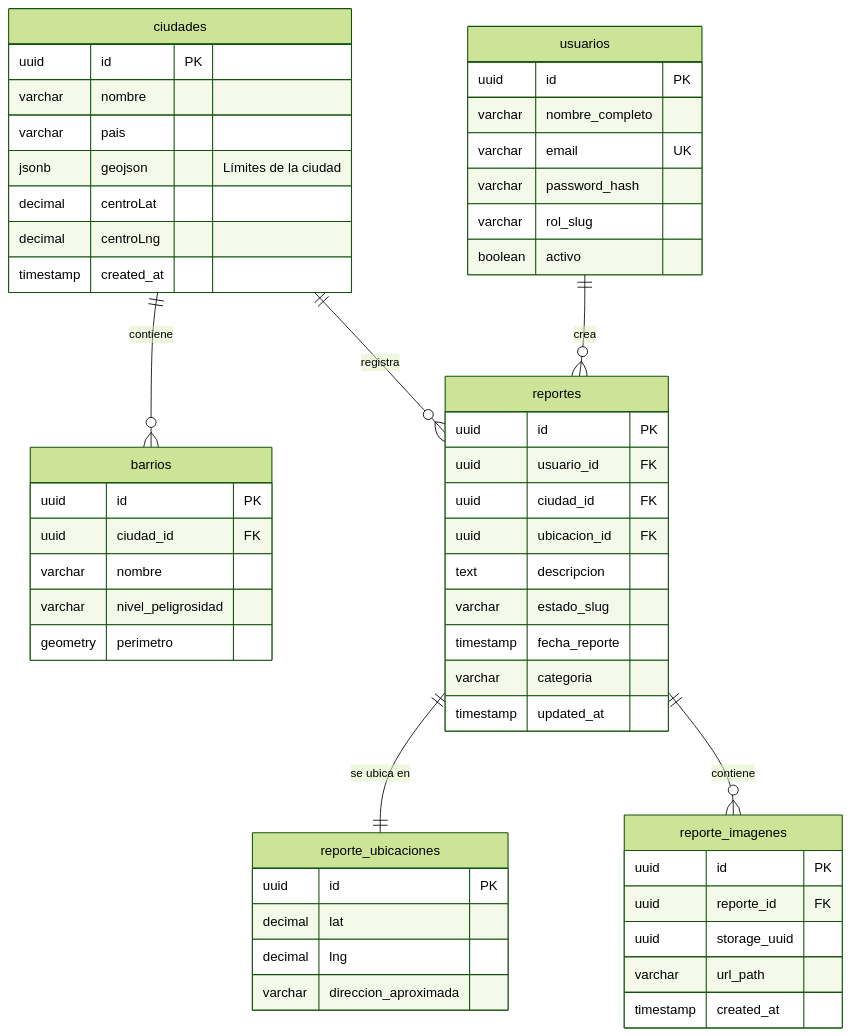
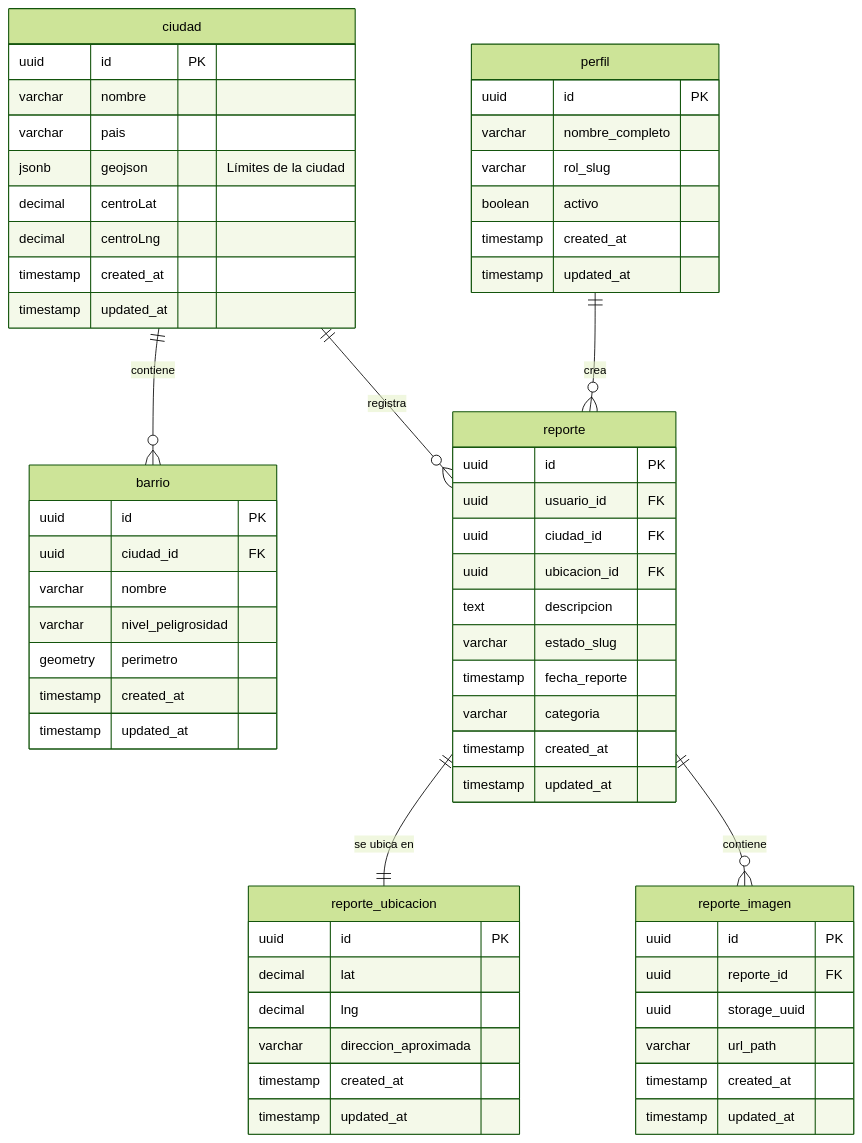
The diagram in README.md (L50E02O/CityAlerta), drawn with Mermaid (forest theme) before and after one commit. The commit also changed 7 other files, not shown here.

````diff
--- a/README.md
+++ b/README.md
@@ -92,63 +92,70 @@
 ```mermaid
 erDiagram
     direction TB
-    ciudades {
+    ciudad {
         uuid id PK ""
         varchar nombre ""
         varchar pais ""
         jsonb geojson "Límites de la ciudad"
         decimal centroLat ""
         decimal centroLng ""
         timestamp created_at ""
+        timestamp updated_at ""
     }
 
-    barrios {
+    barrio {
         uuid id PK ""
         uuid ciudad_id FK ""
         varchar nombre ""
         varchar nivel_peligrosidad ""
         geometry perimetro ""
+        timestamp created_at ""
+        timestamp updated_at ""
     }
 
-    reportes {
+    perfil {
+        uuid id PK ""
+        varchar nombre_completo ""
+        varchar rol_slug ""
+        boolean activo ""
+        timestamp created_at ""
+        timestamp updated_at ""
+    }
+
+    reporte {
         uuid id PK ""
         uuid usuario_id FK ""
         uuid ciudad_id FK ""
         uuid ubicacion_id FK ""
         text descripcion ""
         varchar estado_slug ""
         timestamp fecha_reporte ""
         varchar categoria ""
+        timestamp created_at ""
         timestamp updated_at ""
     }
 
-    reporte_ubicaciones {
+    reporte_ubicacion {
         uuid id PK ""
         decimal lat ""
         decimal lng ""
         varchar direccion_aproximada ""
+        timestamp created_at ""
+        timestamp updated_at ""
     }
 
-    reporte_imagenes {
+    reporte_imagen {
         uuid id PK ""
         uuid reporte_id FK ""
         uuid storage_uuid ""
         varchar url_path ""
         timestamp created_at ""
+        timestamp updated_at ""
     }
 
-    usuarios {
-        uuid id PK ""
-        varchar nombre_completo ""
-        varchar email UK ""
-        varchar password_hash ""
-        varchar rol_slug ""
-        boolean activo ""
-    }
-
-    usuarios ||--o{ reportes : "crea"
-    ciudades ||--o{ barrios : "contiene"
-    ciudades ||--o{ reportes : "registra"
-    reportes ||--|| reporte_ubicaciones : "se ubica en"
-    reportes ||--o{ reporte_imagenes : "contiene"
+    perfil ||--o{ reporte : "crea"
+    ciudad ||--o{ barrio : "contiene"
+    ciudad ||--o{ reporte : "registra"
+    reporte ||--|| reporte_ubicacion : "se ubica en"
+    reporte ||--o{ reporte_imagen : "contiene"
 ```
````
